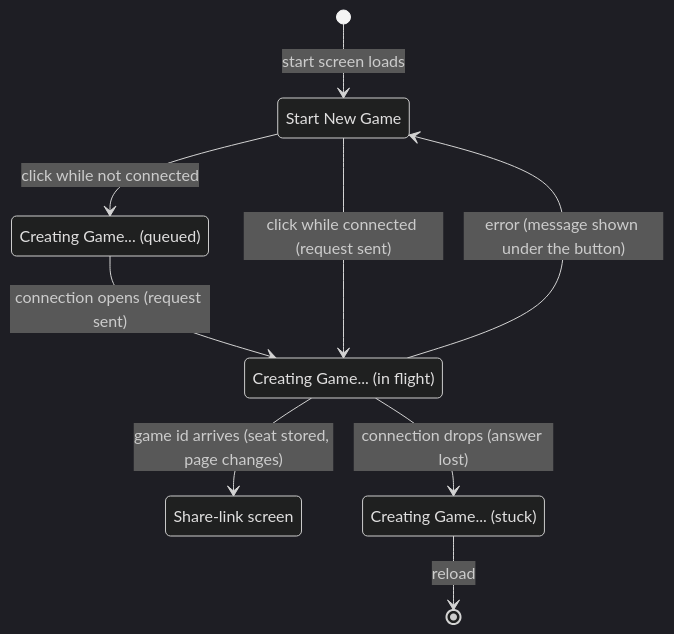
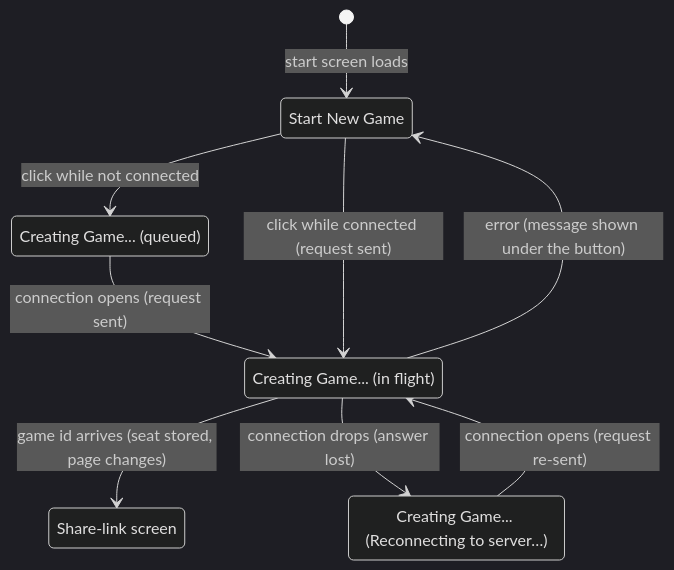
The diagram in product-description/start/creating-a-game.md (howard36/3d-chess), drawn with Mermaid (dark theme) before and after one commit. The commit also changed other lines of this file and 7 other files, not shown here.

````diff
--- a/product-description/start/creating-a-game.md
+++ b/product-description/start/creating-a-game.md
@@ -17,16 +17,16 @@
 ```mermaid
 stateDiagram-v2
     state "Start New Game" as ready
     state "Creating Game... (queued)" as queued
     state "Creating Game... (in flight)" as creating
+    state "Creating Game... (Reconnecting to server…)" as retrying
     state "Share-link screen" as share
-    state "Creating Game... (stuck)" as stuck
     [*] --> ready : start screen loads
     ready --> queued : click while not connected
     queued --> creating : connection opens (request sent)
     ready --> creating : click while connected (request sent)
     creating --> share : game id arrives (seat stored, page changes)
     creating --> ready : error (message shown under the button)
-    creating --> stuck : connection drops (answer lost)
-    stuck --> [*] : reload
+    creating --> retrying : connection drops (answer lost)
+    retrying --> creating : connection opens (request re-sent)
 ```
````
